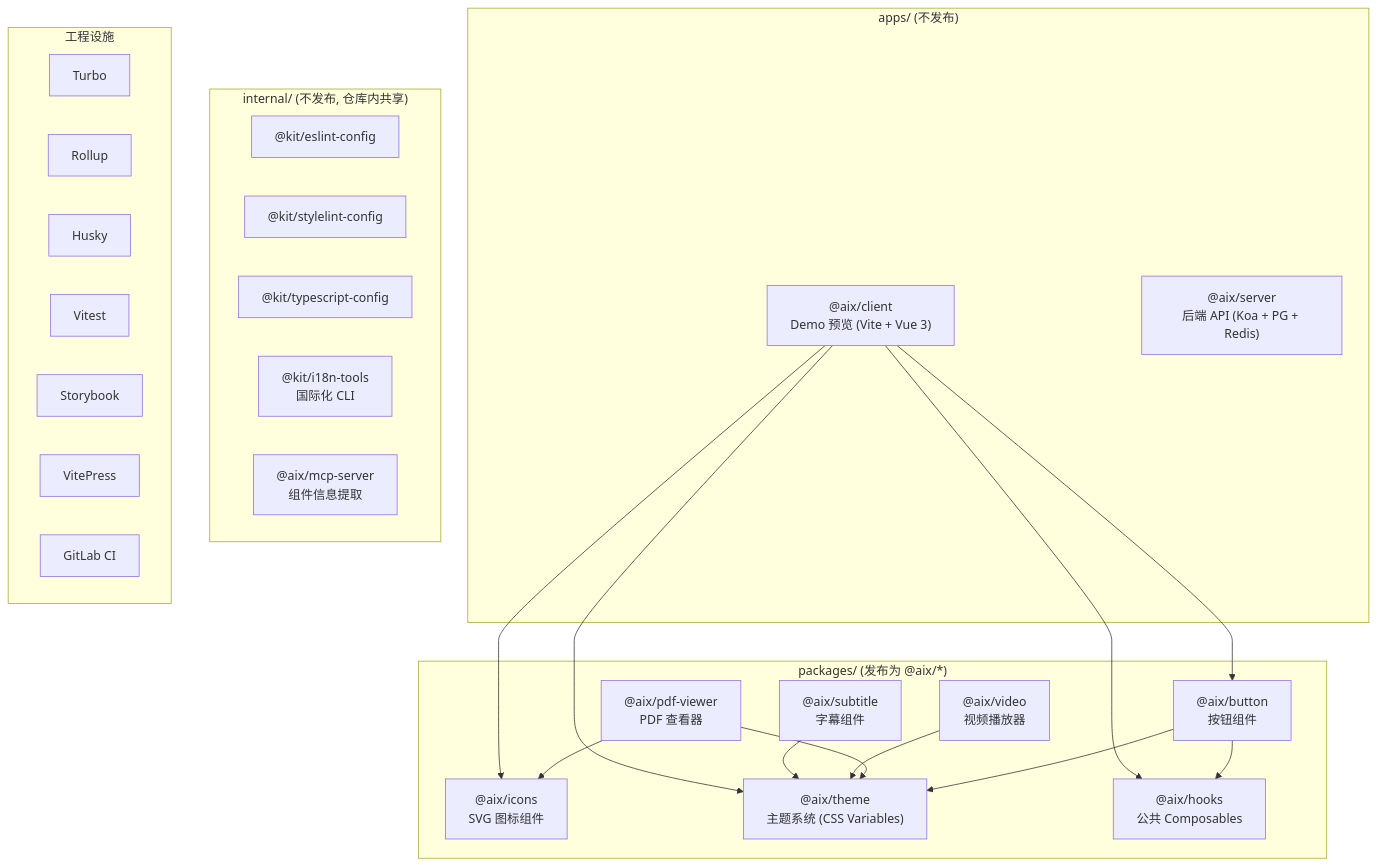
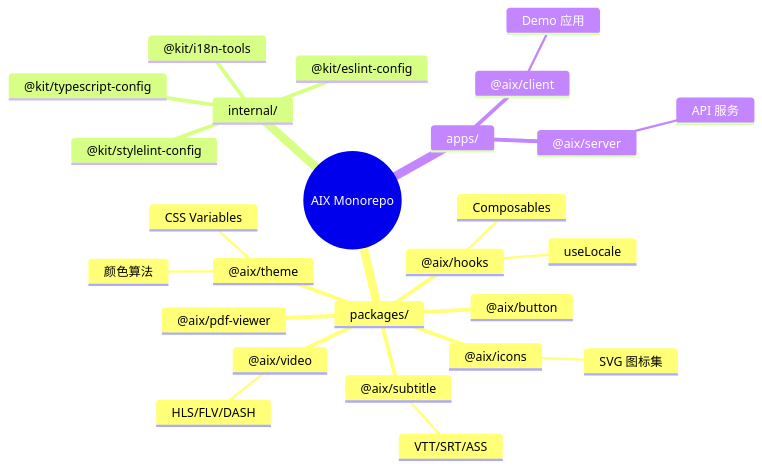
Before and after one commit to sunweijieMJ/aix: the second of 18 diagrams in docs/guide/architecture.md, drawn with Mermaid. The commit also changed other lines of this file and 3 other files, not shown here.

First line of the commit message:
docs: 完善架构设计文档，优化 Mermaid 图表

````diff
--- a/docs/guide/architecture.md
+++ b/docs/guide/architecture.md
@@ -26,46 +125,32 @@
 ```mermaid
-graph TB
-    subgraph packages["packages/ (发布为 @aix/*)"]
-        button["@aix/button<br/>按钮组件"]
-        icons["@aix/icons<br/>SVG 图标组件"]
-        subtitle["@aix/subtitle<br/>字幕组件"]
-        pdfviewer["@aix/pdf-viewer<br/>PDF 查看器"]
-        video["@aix/video<br/>视频播放器"]
-        theme["@aix/theme<br/>主题系统 (CSS Variables)"]
-        hooks["@aix/hooks<br/>公共 Composables"]
-    end
-
-    subgraph apps["apps/ (不发布)"]
-        client["@aix/client<br/>Demo 预览 (Vite + Vue 3)"]
-        server["@aix/server<br/>后端 API (Koa + PG + Redis)"]
-    end
-
-    subgraph internal["internal/ (不发布, 仓库内共享)"]
-        eslintcfg["@kit/eslint-config"]
-        stylelintcfg["@kit/stylelint-config"]
-        tscfg["@kit/typescript-config"]
-        i18ntools["@kit/i18n-tools<br/>国际化 CLI"]
-        mcpserver["@aix/mcp-server<br/>组件信息提取"]
-    end
-
-    subgraph infra["工程设施"]
-        turbo["Turbo"]
-        rollup["Rollup"]
-        husky["Husky"]
-        vitest["Vitest"]
-        storybook["Storybook"]
-        vitepress["VitePress"]
-        gitlabci["GitLab CI"]
-    end
-
-    button --> theme
-    button --> hooks
-    pdfviewer --> icons
-    pdfviewer --> theme
-    video --> theme
-    subtitle --> theme
-    client --> button
-    client --> hooks
-    client --> theme
-    client --> icons
+mindmap
+  root((AIX Monorepo))
+    packages/
+      ::icon(fa fa-cube)
+      @aix/theme
+        CSS Variables
+        颜色算法
+      @aix/hooks
+        useLocale
+        Composables
+      @aix/icons
+        SVG 图标集
+      @aix/button
+      @aix/video
+        HLS/FLV/DASH
+      @aix/pdf-viewer
+      @aix/subtitle
+        VTT/SRT/ASS
+    internal/
+      ::icon(fa fa-cog)
+      @kit/eslint-config
+      @kit/stylelint-config
+      @kit/typescript-config
+      @kit/i18n-tools
+    apps/
+      ::icon(fa fa-desktop)
+      @aix/client
+        Demo 应用
+      @aix/server
+        API 服务
 ```
````
